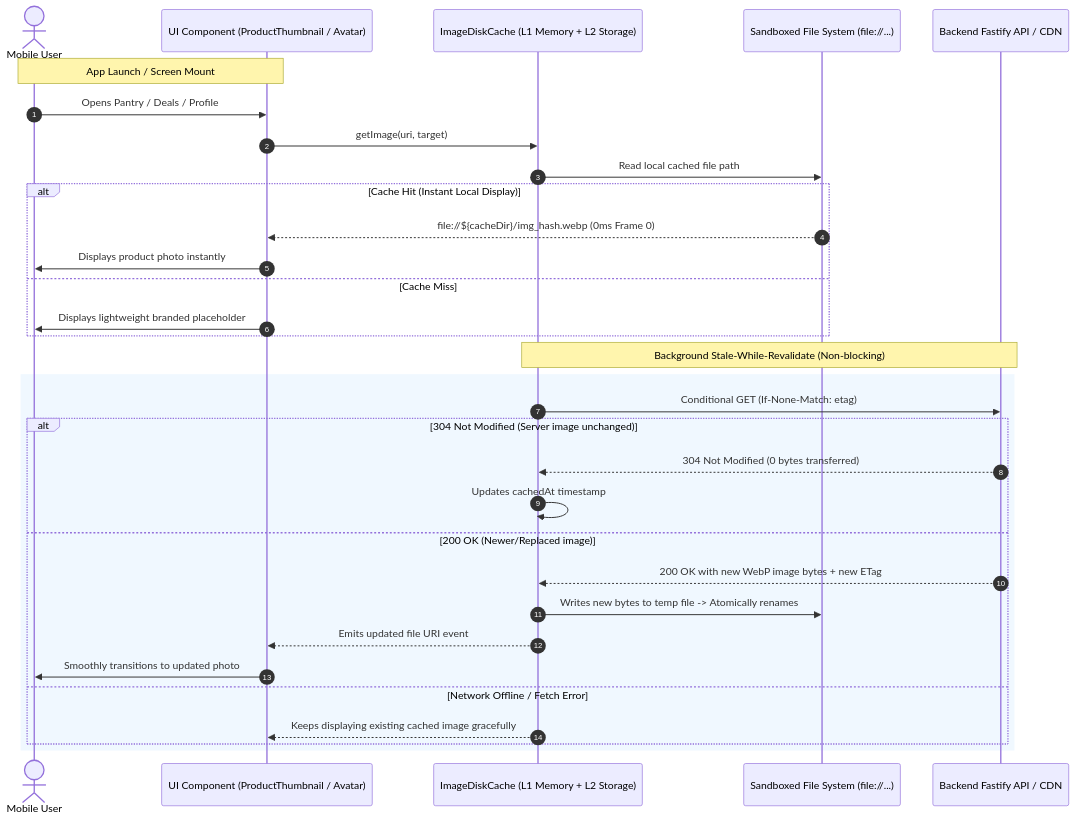
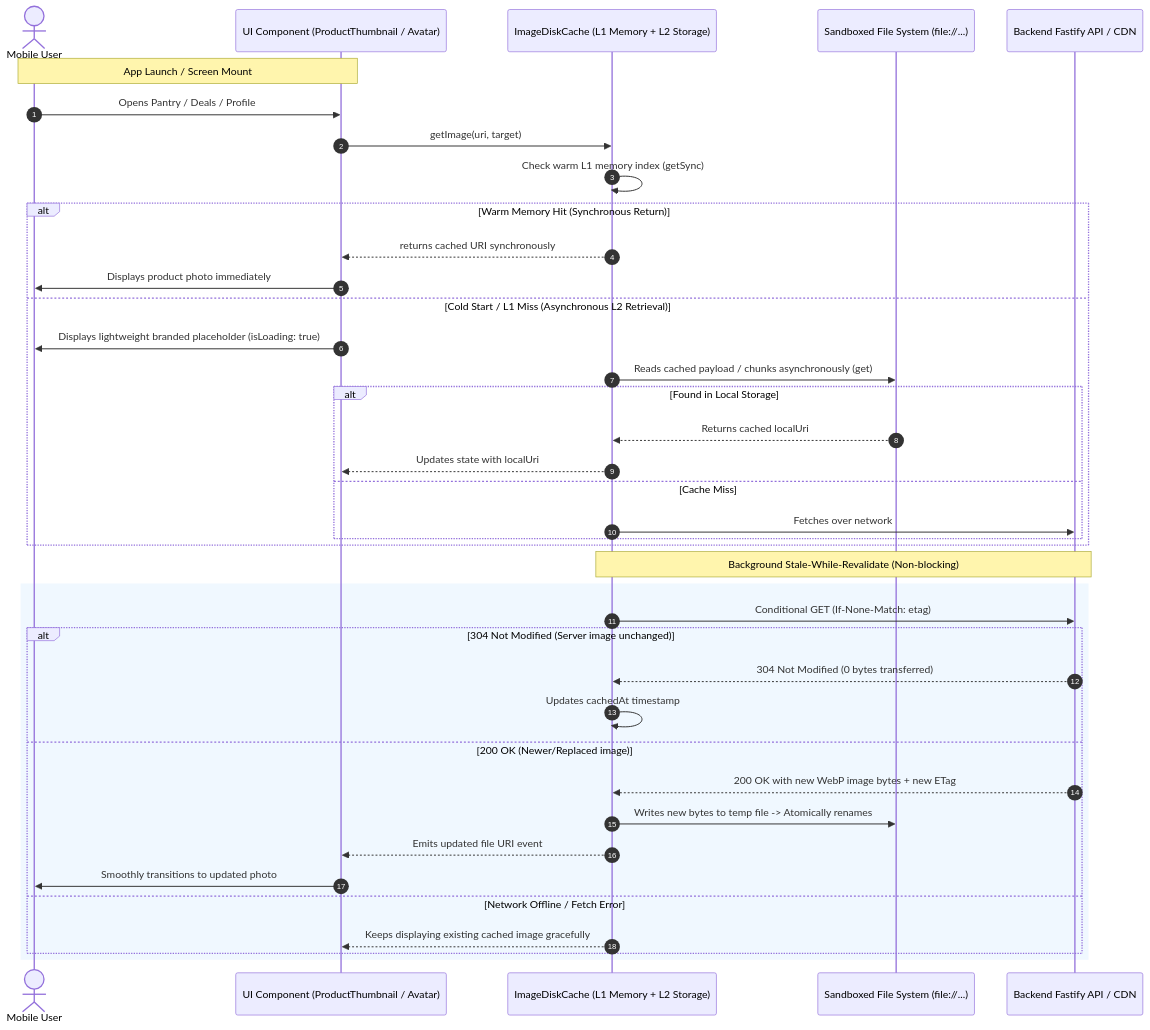
One commit to kiemdanle/newapp changed the diagram in plans/260827-1645-mobile-offline-first-image-cache-and-stale-revalidate/plan.md. Above: the diagram before and after it, drawn with Mermaid. The commit also changed other lines of this file and 5 other files, not shown here.

````diff
--- a/plans/260827-1645-mobile-offline-first-image-cache-and-stale-revalidate/plan.md
+++ b/plans/260827-1645-mobile-offline-first-image-cache-and-stale-revalidate/plan.md
@@ -32,36 +32,43 @@
 ```mermaid
 sequenceDiagram
     autonumber
     actor User as Mobile User
     participant Component as UI Component (ProductThumbnail / Avatar)
     participant Cache as ImageDiskCache (L1 Memory + L2 Storage)
     participant Disk as Sandboxed File System (file://...)
     participant API as Backend Fastify API / CDN
 
     Note over User,Component: App Launch / Screen Mount
     User->>Component: Opens Pantry / Deals / Profile
     Component->>Cache: getImage(uri, target)
-    Cache->>Disk: Read local cached file path
-    alt Cache Hit (Instant Local Display)
-        Disk-->>Component: file://${cacheDir}/img_hash.webp (0ms Frame 0)
-        Component->>User: Displays product photo instantly
-    else Cache Miss
-        Component->>User: Displays lightweight branded placeholder
+    Cache->>Cache: Check warm L1 memory index (getSync)
+    alt Warm Memory Hit (Synchronous Return)
+        Cache-->>Component: returns cached URI synchronously
+        Component->>User: Displays product photo immediately
+    else Cold Start / L1 Miss (Asynchronous L2 Retrieval)
+        Component->>User: Displays lightweight branded placeholder (isLoading: true)
+        Cache->>Disk: Reads cached payload / chunks asynchronously (get)
+        alt Found in Local Storage
+            Disk-->>Cache: Returns cached localUri
+            Cache-->>Component: Updates state with localUri
+        else Cache Miss
+            Cache->>API: Fetches over network
+        end
     end
 
     Note over Cache,API: Background Stale-While-Revalidate (Non-blocking)
     rect rgb(240, 248, 255)
         Cache->>API: Conditional GET (If-None-Match: etag)
         alt 304 Not Modified (Server image unchanged)
             API-->>Cache: 304 Not Modified (0 bytes transferred)
             Cache->>Cache: Updates cachedAt timestamp
         else 200 OK (Newer/Replaced image)
             API-->>Cache: 200 OK with new WebP image bytes + new ETag
             Cache->>Disk: Writes new bytes to temp file -> Atomically renames
             Cache-->>Component: Emits updated file URI event
             Component->>User: Smoothly transitions to updated photo
         else Network Offline / Fetch Error
             Cache-->>Component: Keeps displaying existing cached image gracefully
         end
     end
 ```
````
